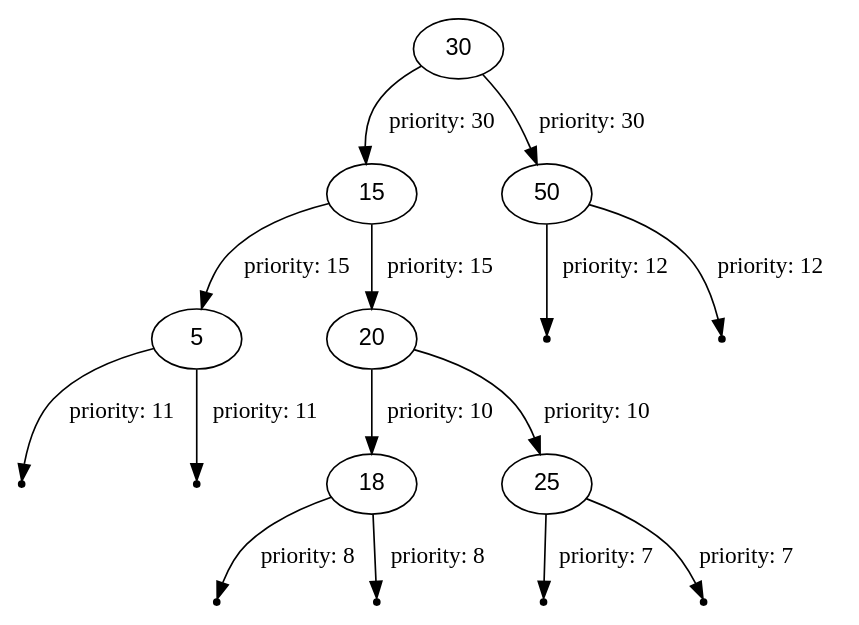
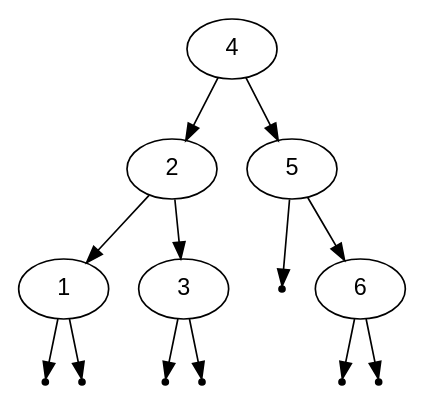
The diagram in visLib/out/dot/dump6.dot (NikitaEvs/trees), drawn with Graphviz before and after one commit. The commit also changed 220 other files, not shown here.

```diff
--- a/visLib/out/dot/dump6.dot
+++ b/visLib/out/dot/dump6.dot
@@ -1,25 +1,22 @@
 digraph BinarySearchTree {
     node [fontname = "Arial"];
-    30 -> 15 [label="priority: 30"];
-    15 -> 5 [label="priority: 15"];
+    4 -> 2;
+    2 -> 1;
     null0[shape=point];
-    5 -> null0 [label="priority: 11"];
+    1 -> null0;
     null1[shape=point];
-    5 -> null1 [label="priority: 11"];
-    15 -> 20 [label="priority: 15"];
-    20 -> 18 [label="priority: 10"];
+    1 -> null1;
+    2 -> 3;
     null2[shape=point];
-    18 -> null2 [label="priority: 8"];
+    3 -> null2;
     null3[shape=point];
-    18 -> null3 [label="priority: 8"];
-    20 -> 25 [label="priority: 10"];
+    3 -> null3;
+    4 -> 5;
     null4[shape=point];
-    25 -> null4 [label="priority: 7"];
+    5 -> null4;
+    5 -> 6;
     null5[shape=point];
-    25 -> null5 [label="priority: 7"];
-    30 -> 50 [label="priority: 30"];
+    6 -> null5;
     null6[shape=point];
-    50 -> null6 [label="priority: 12"];
-    null7[shape=point];
-    50 -> null7 [label="priority: 12"];
+    6 -> null6;
 }
```
